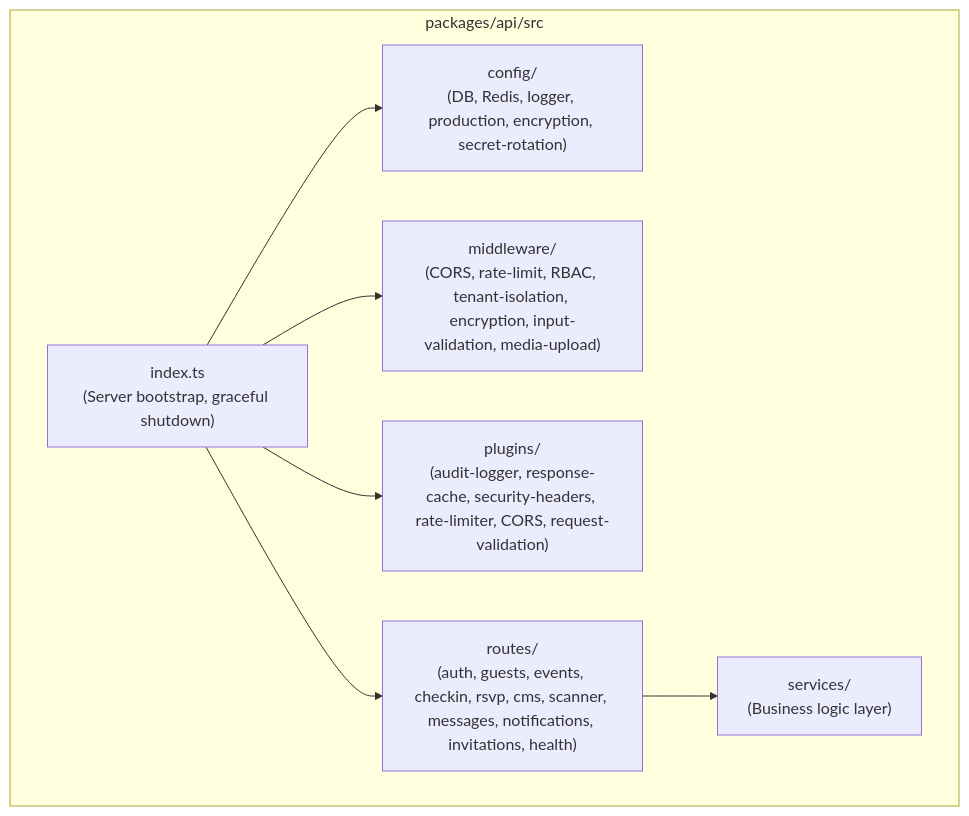
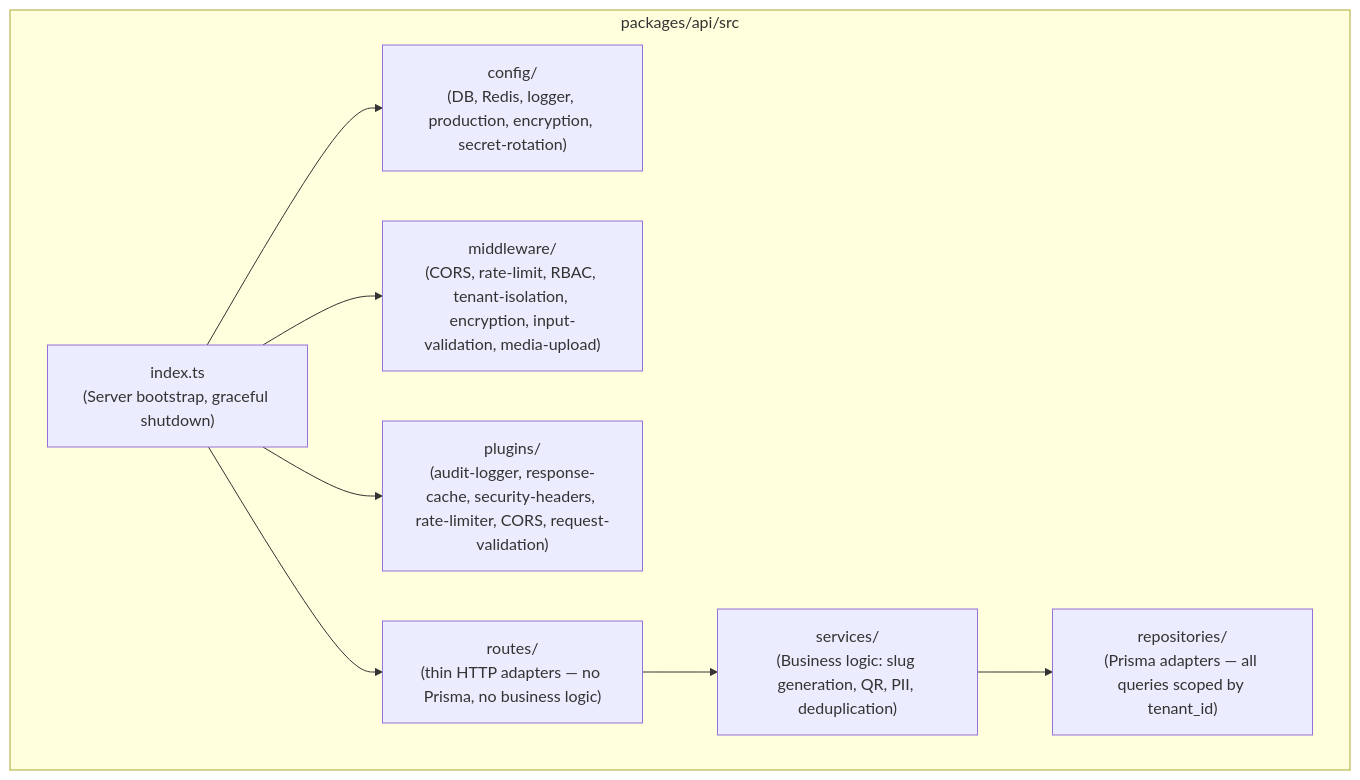
Before and after one commit to awingmawe/wedding-ecosystem: the second of 6 diagrams in .agents/summary/components.md, drawn with Mermaid. The commit also changed other lines of this file and 37 other files, not shown here.

Commit message:
feat: implement repository pattern for guest, rsvp, and cms data access layers with full test coverage

````diff
--- a/.agents/summary/components.md
+++ b/.agents/summary/components.md
@@ -39,17 +39,19 @@
 ```mermaid
 graph TB
     subgraph "packages/api/src"
         Index["index.ts<br/>(Server bootstrap, graceful shutdown)"]
         Config["config/<br/>(DB, Redis, logger, production, encryption, secret-rotation)"]
         MW["middleware/<br/>(CORS, rate-limit, RBAC, tenant-isolation, encryption, input-validation, media-upload)"]
         Plugins["plugins/<br/>(audit-logger, response-cache, security-headers, rate-limiter, CORS, request-validation)"]
-        Routes["routes/<br/>(auth, guests, events, checkin, rsvp, cms, scanner, messages, notifications, invitations, health)"]
-        Services["services/<br/>(Business logic layer)"]
+        Routes["routes/<br/>(thin HTTP adapters — no Prisma, no business logic)"]
+        Services["services/<br/>(Business logic: slug generation, QR, PII, deduplication)"]
+        Repos["repositories/<br/>(Prisma adapters — all queries scoped by tenant_id)"]
     end
 
     Index --> Config
     Index --> MW
     Index --> Plugins
     Index --> Routes
     Routes --> Services
+    Services --> Repos
 ```
````
